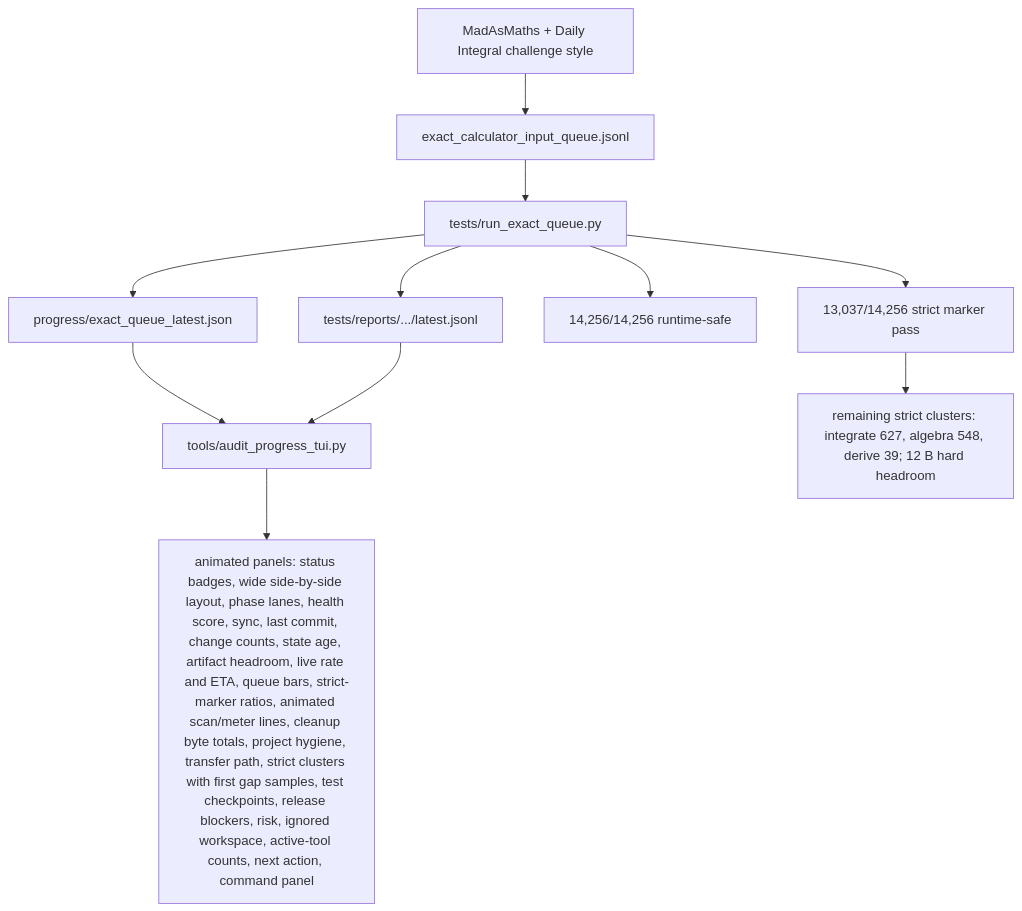
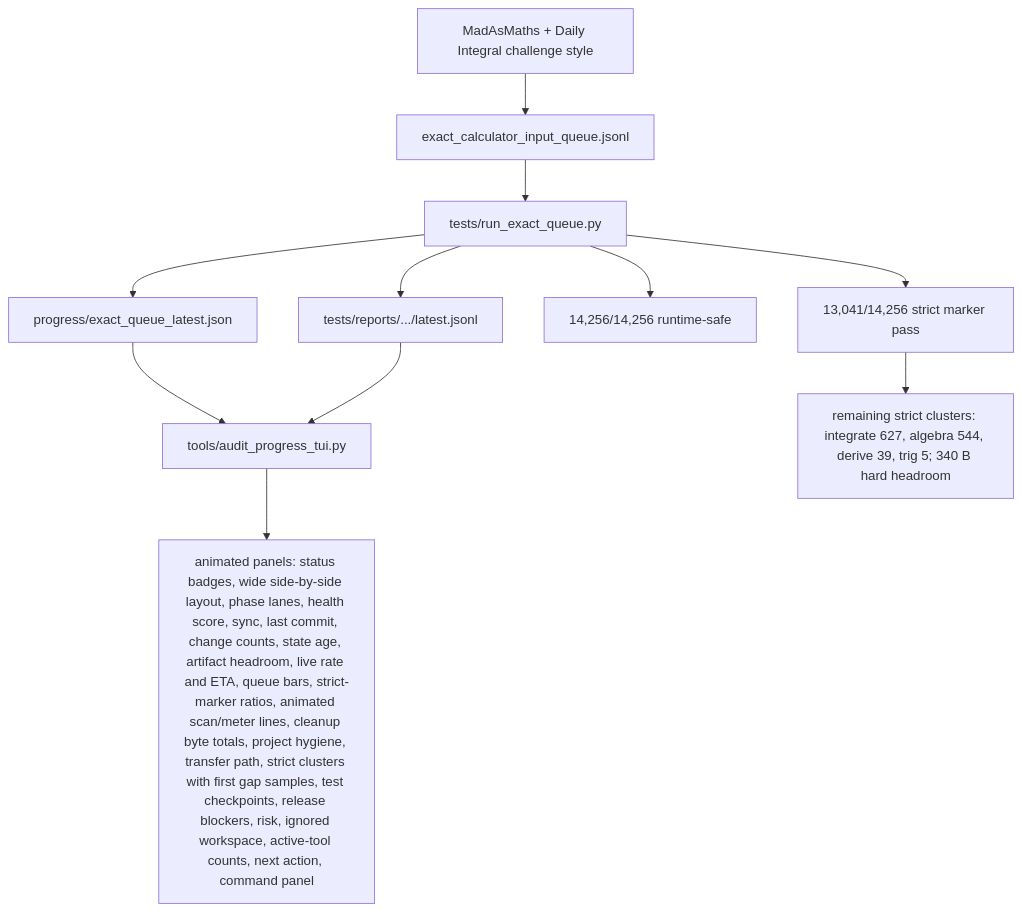
The fifth of 6 diagrams in docs/GRAPH.md (james8464/notes-addin-casio-fx-cg50), drawn with Mermaid before and after one commit. The commit also changed other lines of this file and 6 other files, not shown here.

````diff
--- a/docs/GRAPH.md
+++ b/docs/GRAPH.md
@@ -60,13 +61,13 @@
 ```mermaid
 graph TD
   Online["MadAsMaths + Daily Integral challenge style"] --> Queue["exact_calculator_input_queue.jsonl"]
   Queue --> Runner["tests/run_exact_queue.py"]
   Runner --> Live["progress/exact_queue_latest.json"]
   Runner --> Report["tests/reports/.../latest.jsonl"]
   Live --> TUI["tools/audit_progress_tui.py"]
   Report --> TUI
   TUI --> Panels["animated panels: status badges, wide side-by-side layout, phase lanes, health score, sync, last commit, change counts, state age, artifact headroom, live rate and ETA, queue bars, strict-marker ratios, animated scan/meter lines, cleanup byte totals, project hygiene, transfer path, strict clusters with first gap samples, test checkpoints, release blockers, risk, ignored workspace, active-tool counts, next action, command panel"]
   Runner --> Runtime["14,256/14,256 runtime-safe"]
-  Runner --> Strict["13,037/14,256 strict marker pass"]
-  Strict --> Remaining["remaining strict clusters: integrate 627, algebra 548, derive 39; 12 B hard headroom"]
+  Runner --> Strict["13,041/14,256 strict marker pass"]
+  Strict --> Remaining["remaining strict clusters: integrate 627, algebra 544, derive 39, trig 5; 340 B hard headroom"]
 ```
````
